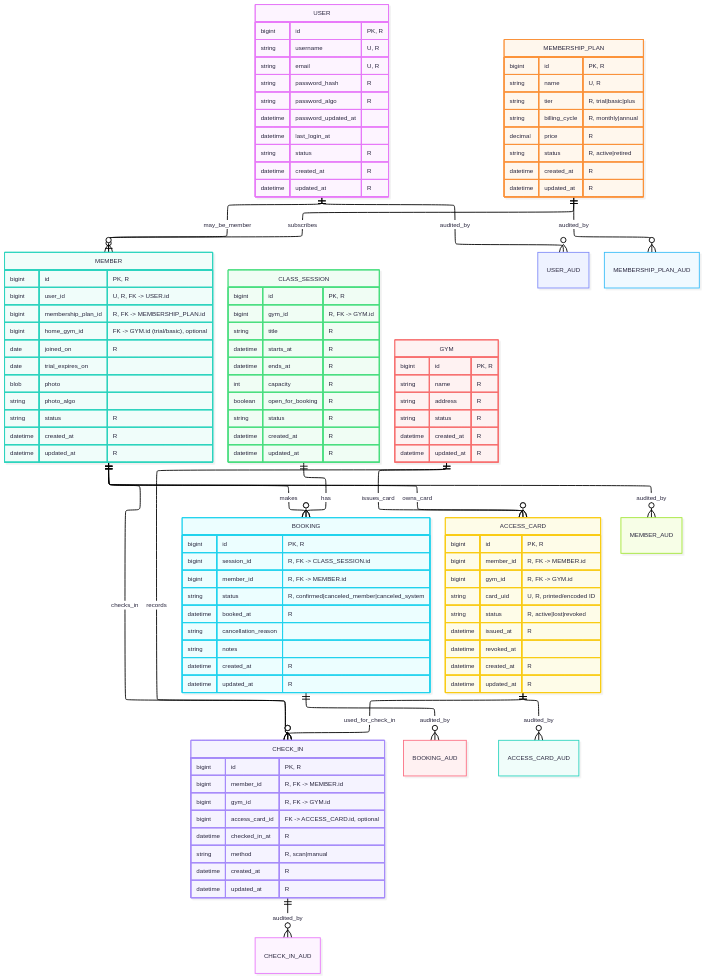
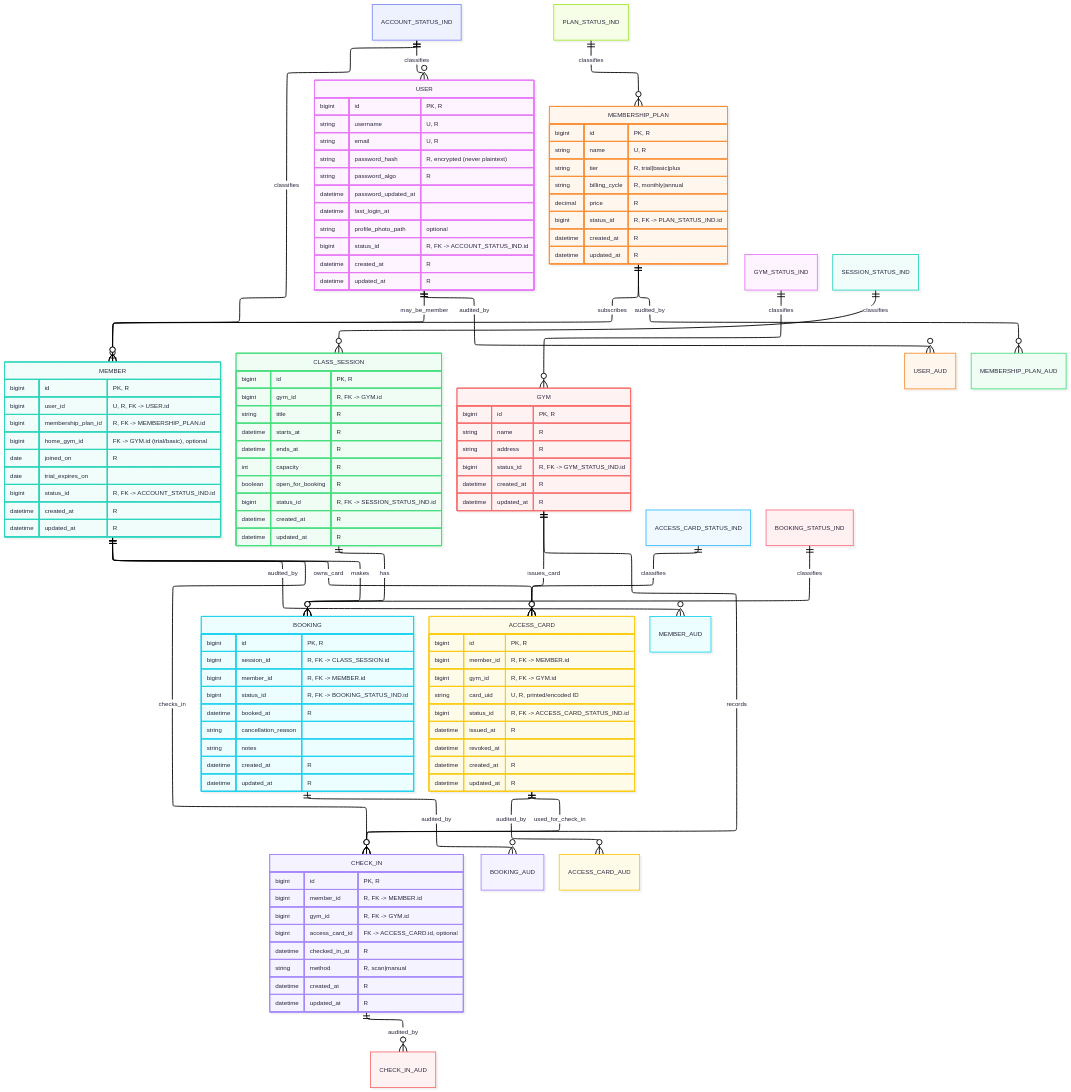
Before and after one commit to jic48-rutgers/FitDB: the fifth of 8 diagrams in docs/ERDs.md, drawn with Mermaid. The commit also changed other lines of this file, not shown here.

Commit message:
added triggers, and *_STATUS_IND tables, and indices (TODO: rework audit before/after_json in ERDs.md; outline RBAC, views, and stored procedures in TDD.md)

```diff
--- a/docs/ERDs.md
+++ b/docs/ERDs.md
@@ -471,6 +496,15 @@
     GYM ||--o{ ACCESS_CARD : issues_card
     ACCESS_CARD ||--o{ CHECK_IN : used_for_check_in
 
+    %% Status indicators (entity names only)
+    ACCOUNT_STATUS_IND     ||--o{ USER            : classifies
+    ACCOUNT_STATUS_IND     ||--o{ MEMBER          : classifies
+    PLAN_STATUS_IND        ||--o{ MEMBERSHIP_PLAN : classifies
+    ACCESS_CARD_STATUS_IND ||--o{ ACCESS_CARD     : classifies
+    BOOKING_STATUS_IND     ||--o{ BOOKING         : classifies
+    GYM_STATUS_IND         ||--o{ GYM             : classifies
+    SESSION_STATUS_IND     ||--o{ CLASS_SESSION   : classifies
+
     %% Audits
     USER ||--o{ USER_AUD : audited_by
     MEMBER ||--o{ MEMBER_AUD : audited_by
@@ -484,11 +518,12 @@
         bigint id "PK, R"
         string username "U, R"
         string email "U, R"
-        string password_hash "R"
+        string password_hash "R, encrypted (never plaintext)"
         string password_algo "R"
         datetime password_updated_at ""
         datetime last_login_at ""
-        string status "R"
+        string profile_photo_path "optional"
+        bigint status_id "R, FK -> ACCOUNT_STATUS_IND.id"
         datetime created_at "R"
         datetime updated_at "R"
     }
@@ -498,7 +533,7 @@
         string tier "R, trial|basic|plus"
         string billing_cycle "R, monthly|annual"
         decimal price "R"
-        string status "R, active|retired"
+        bigint status_id "R, FK -> PLAN_STATUS_IND.id"
         datetime created_at "R"
         datetime updated_at "R"
     }
@@ -509,9 +544,7 @@
         bigint home_gym_id "FK -> GYM.id (trial/basic), optional"
         date joined_on "R"
         date trial_expires_on ""
-        blob photo
-        string photo_algo ""
-        string status "R"
+        bigint status_id "R, FK -> ACCOUNT_STATUS_IND.id"
         datetime created_at "R"
         datetime updated_at "R"
     }
@@ -523,7 +556,7 @@
         datetime ends_at "R"
         int capacity "R"
         boolean open_for_booking "R"
-        string status "R"
+        bigint status_id "R, FK -> SESSION_STATUS_IND.id"
         datetime created_at "R"
         datetime updated_at "R"
     }
@@ -531,7 +564,7 @@
         bigint id "PK, R"
         bigint session_id "R, FK -> CLASS_SESSION.id"
         bigint member_id "R, FK -> MEMBER.id"
-        string status "R, confirmed|canceled_member|canceled_system"
+        bigint status_id "R, FK -> BOOKING_STATUS_IND.id"
         datetime booked_at "R"
         string cancellation_reason ""
         string notes ""
@@ -553,7 +586,7 @@
         bigint member_id "R, FK -> MEMBER.id"
         bigint gym_id "R, FK -> GYM.id"
         string card_uid "U, R, printed/encoded ID"
-        string status "R, active|lost|revoked"
+        bigint status_id "R, FK -> ACCESS_CARD_STATUS_IND.id"
         datetime issued_at "R"
         datetime revoked_at ""
         datetime created_at "R"
@@ -563,7 +596,7 @@
         bigint id "PK, R"
         string name "R"
         string address "R"
-        string status "R"
+        bigint status_id "R, FK -> GYM_STATUS_IND.id"
         datetime created_at "R"
         datetime updated_at "R"
     }
```
